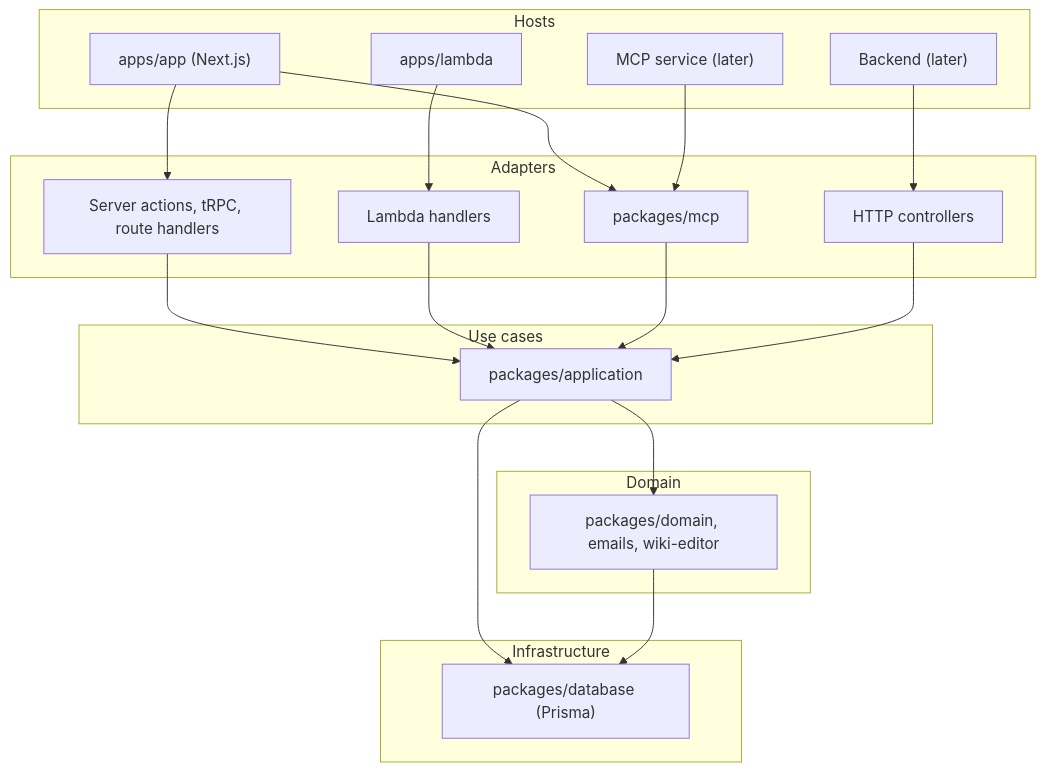
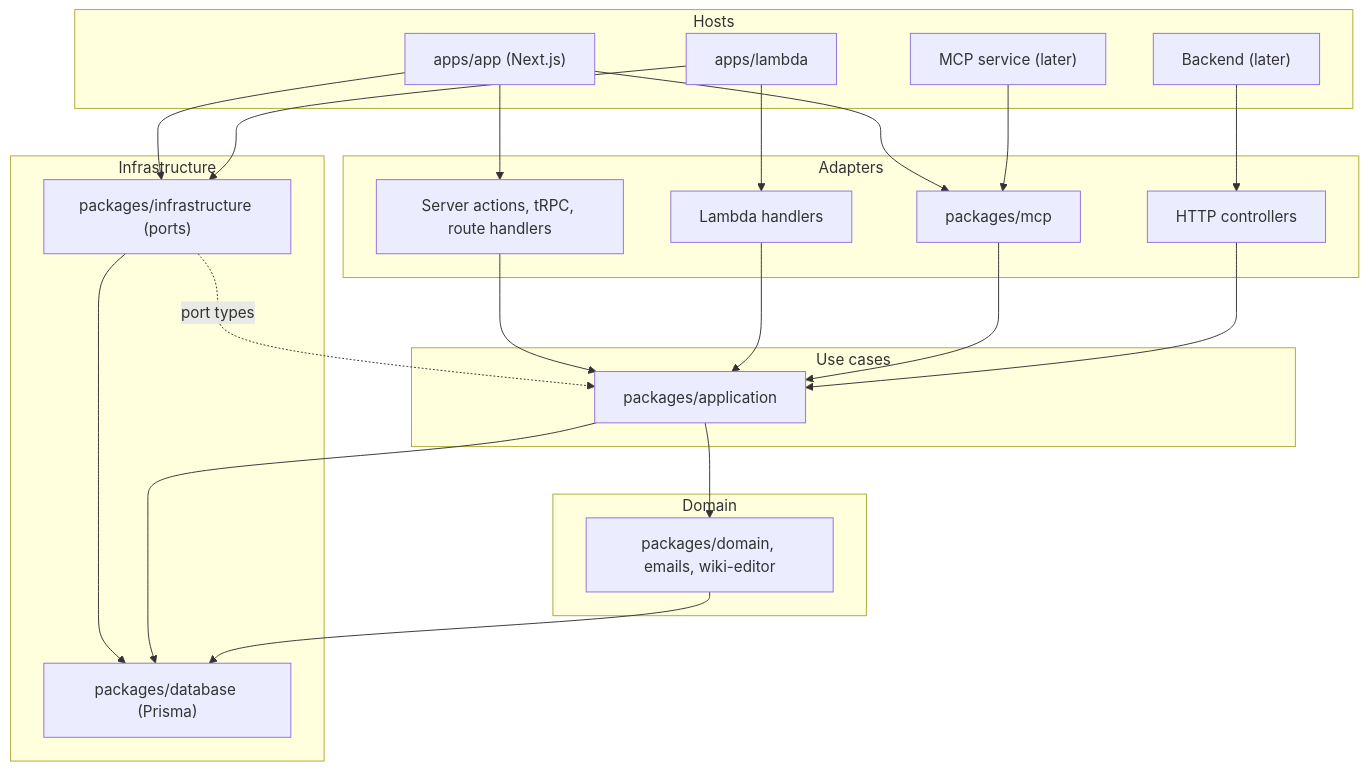
Before and after one commit to simonknittel/sinister-incorporated: the diagram in docs/architecture.md, drawn with Mermaid. The commit also changed other lines of this file and 1 other file, not shown here.

First line of the commit message:
docs(architecture): the infrastructure package, the Lambda composition root, the Prisma rule and the tests

````diff
--- a/docs/architecture.md
+++ b/docs/architecture.md
@@ -49,41 +60,46 @@
 ```mermaid
 flowchart TB
   subgraph hosts [Hosts]
     app["apps/app (Next.js)"]
     lambda["apps/lambda"]
     mcpService["MCP service (later)"]
     backend["Backend (later)"]
   end
 
   subgraph adapters [Adapters]
     nextAdapters["Server actions, tRPC, route handlers"]
     lambdaHandlers["Lambda handlers"]
     mcp["packages/mcp"]
     controllers["HTTP controllers"]
   end
 
   subgraph useCases [Use cases]
     application["packages/application"]
   end
 
   subgraph domain [Domain]
     domainPackages["packages/domain, emails, wiki-editor"]
   end
 
   subgraph infrastructure [Infrastructure]
+    infrastructurePackage["packages/infrastructure (ports)"]
     database["packages/database (Prisma)"]
   end
 
   app --> nextAdapters
   app --> mcp
   lambda --> lambdaHandlers
   mcpService --> mcp
   backend --> controllers
   nextAdapters --> application
   lambdaHandlers --> application
   mcp --> application
   controllers --> application
+  app --> infrastructurePackage
+  lambda --> infrastructurePackage
+  infrastructurePackage -. port types .-> application
+  infrastructurePackage --> database
   application --> domainPackages
   application --> database
   domainPackages --> database
 ```
````
